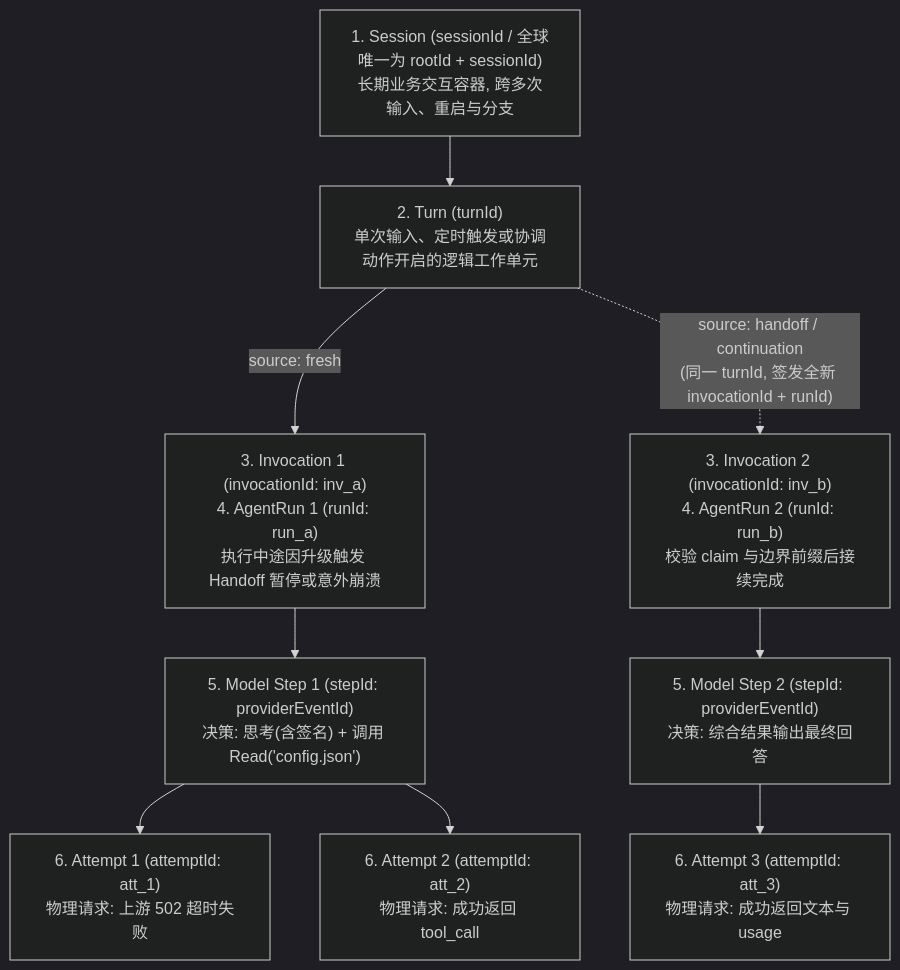
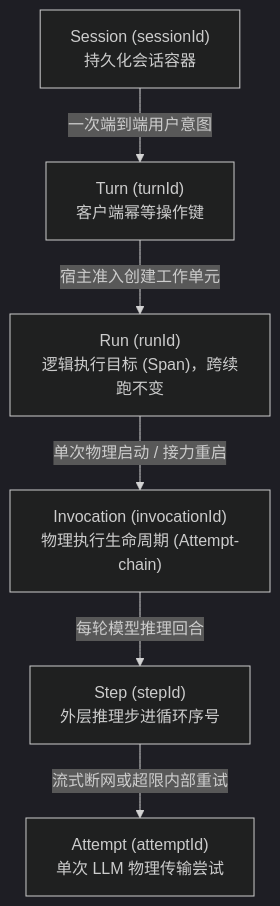
One commit to suger-m/agent-infrastructure-docs changed the diagram in maka-agent-infra/00-foundations/domain-model.md. Above: the diagram before and after it, drawn with Mermaid (dark theme). The commit also changed other lines of this file and 33 other files, not shown here.

Commit message:
docs(ts): overhaul all 32 TS architecture chapters in razor-sharp microkernel style & polish Rust foundations

````diff
--- a/maka-agent-infra/00-foundations/domain-model.md
+++ b/maka-agent-infra/00-foundations/domain-model.md
@@ -41,14 +19,8 @@
 ```mermaid
 flowchart TD
-    S["1. Session (sessionId / 全球唯一为 rootId + sessionId)<br/>长期业务交互容器, 跨多次输入、重启与分支"] --> T["2. Turn (turnId)<br/>单次输入、定时触发或协调动作开启的逻辑工作单元"]
-
-    T -->|"source: fresh"| I1["3. Invocation 1 (invocationId: inv_a)<br/>4. AgentRun 1 (runId: run_a)<br/>执行中途因升级触发 Handoff 暂停或意外崩溃"]
-    T -.->|"source: handoff / continuation<br/>(同一 turnId, 签发全新 invocationId + runId)"| I2["3. Invocation 2 (invocationId: inv_b)<br/>4. AgentRun 2 (runId: run_b)<br/>校验 claim 与边界前缀后接续完成"]
-
-    I1 --> Step1["5. Model Step 1 (stepId: providerEventId)<br/>决策: 思考(含签名) + 调用 Read('config.json')"]
-    Step1 --> Att1["6. Attempt 1 (attemptId: att_1)<br/>物理请求: 上游 502 超时失败"]
-    Step1 --> Att2["6. Attempt 2 (attemptId: att_2)<br/>物理请求: 成功返回 tool_call"]
-
-    I2 --> Step2["5. Model Step 2 (stepId: providerEventId)<br/>决策: 综合结果输出最终回答"]
-    Step2 --> Att3["6. Attempt 3 (attemptId: att_3)<br/>物理请求: 成功返回文本与 usage"]
+    Sess["Session (sessionId)<br/>持久化会话容器"] -->|"一次端到端用户意图"| Turn["Turn (turnId)<br/>客户端幂等操作键"]
+    Turn -->|"宿主准入创建工作单元"| Run["Run (runId)<br/>逻辑执行目标 (Span)，跨续跑不变"]
+    Run -->|"单次物理启动 / 接力重启"| Inv["Invocation (invocationId)<br/>物理执行生命周期 (Attempt-chain)"]
+    Inv -->|"每轮模型推理回合"| Step["Step (stepId)<br/>外层推理步进循环序号"]
+    Step -->|"流式断网或超限内部重试"| Att["Attempt (attemptId)<br/>单次 LLM 物理传输尝试"]
 ```
````
